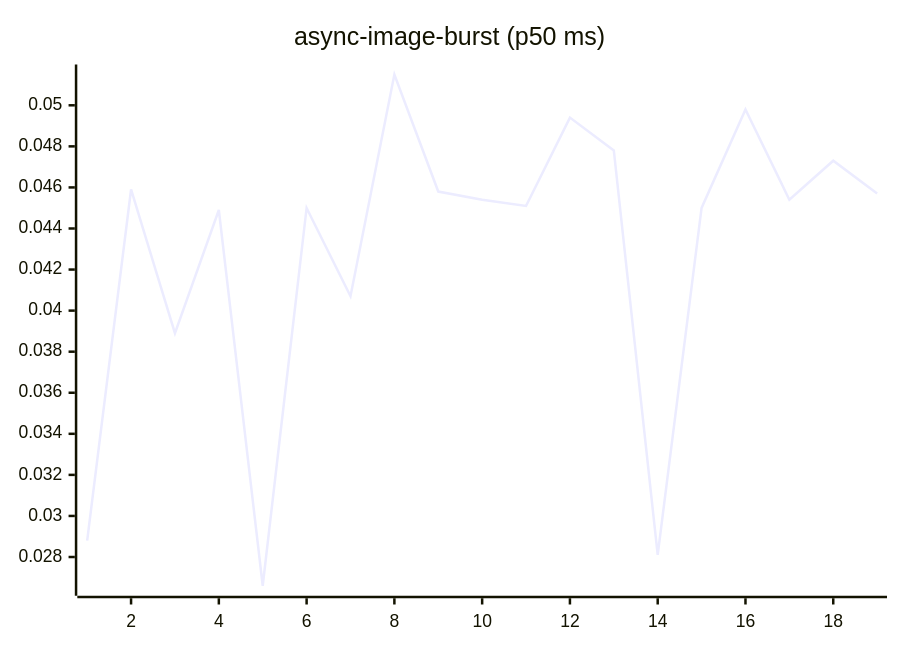
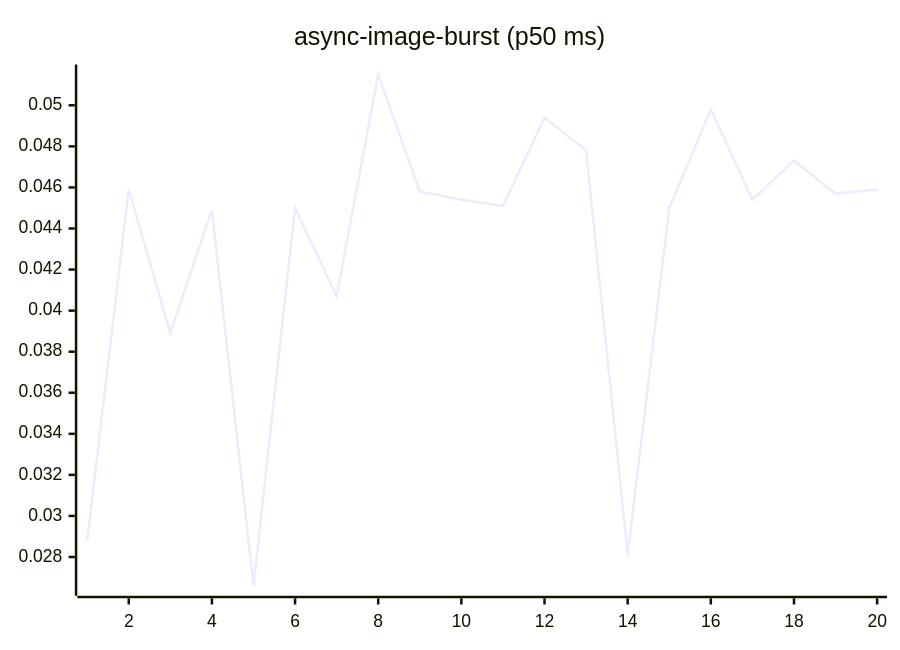
One commit to josha/Facet changed the fourth of 27 diagrams in README.md. Above: the diagram before and after it, drawn with Mermaid. The commit also changed other lines of this file and 2 other files, not shown here.

````diff
--- a/README.md
+++ b/README.md
@@ -84,6 +84,6 @@
 ```mermaid
 xychart-beta
     title "async-image-burst (p50 ms)"
-    x-axis 1 --> 19
-    line [0.0288, 0.0459, 0.0389, 0.0449, 0.0266, 0.0450, 0.0407, 0.0515, 0.0458, 0.0454, 0.0451, 0.0494, 0.0478, 0.0281, 0.0450, 0.0498, 0.0454, 0.0473, 0.0457]
+    x-axis 1 --> 20
+    line [0.0288, 0.0459, 0.0389, 0.0449, 0.0266, 0.0450, 0.0407, 0.0515, 0.0458, 0.0454, 0.0451, 0.0494, 0.0478, 0.0281, 0.0450, 0.0498, 0.0454, 0.0473, 0.0457, 0.0459]
 ```
````
